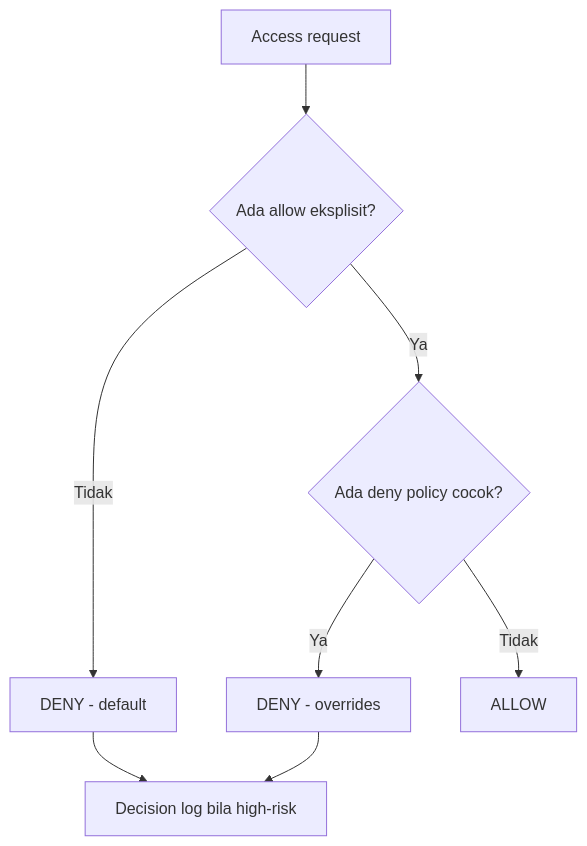
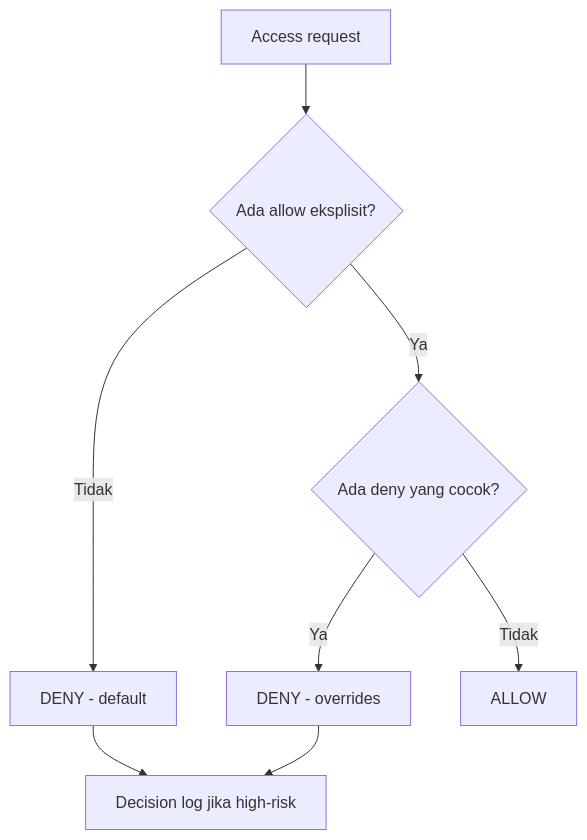
The second of 3 diagrams in docs/awcms-mini/17_default_seed_rbac_abac.md (ahliweb/awcms-mini), drawn with Mermaid before and after one commit. The commit also changed other lines of this file and 51 other files, not shown here.

````diff
--- a/docs/awcms-mini/17_default_seed_rbac_abac.md
+++ b/docs/awcms-mini/17_default_seed_rbac_abac.md
@@ -13,10 +132,10 @@
 ```mermaid
 flowchart TD
   Req[Access request] --> D0{Ada allow eksplisit?}
   D0 -- Tidak --> Deny[DENY - default]
-  D0 -- Ya --> D1{Ada deny policy cocok?}
+  D0 -- Ya --> D1{Ada deny yang cocok?}
   D1 -- Ya --> DenyO[DENY - overrides]
   D1 -- Tidak --> Allow[ALLOW]
-  Deny --> Log[Decision log bila high-risk]
+  Deny --> Log[Decision log jika high-risk]
   DenyO --> Log
 ```
````
